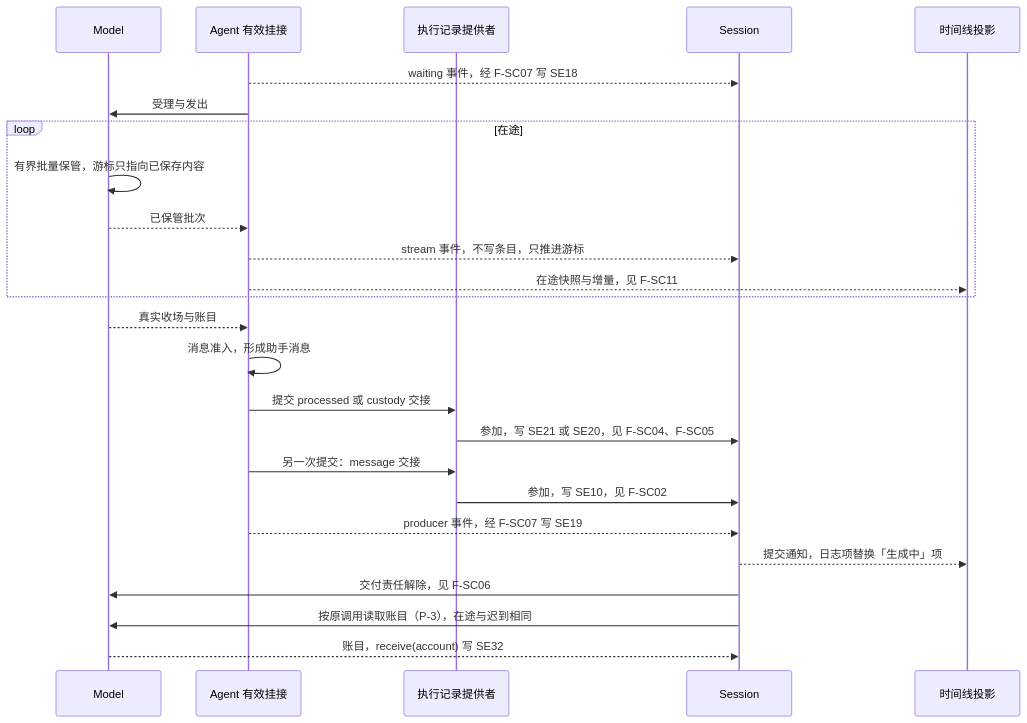
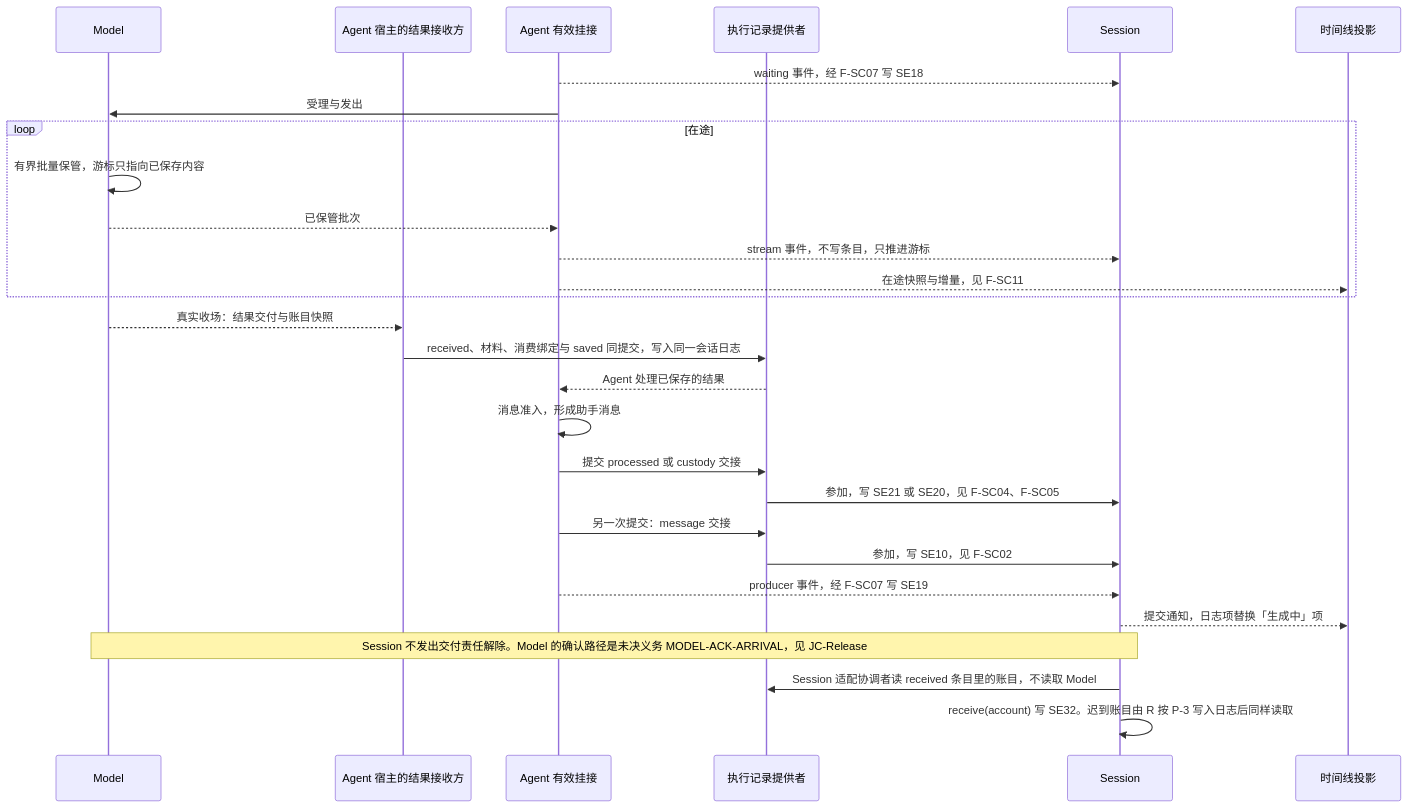
Before and after one commit to nemori-ai/omne-harness-lite: diagram 12 of 16 in packages/session/session-contract/docs/flows/scenarios.md, drawn with Mermaid. The commit also changed other lines of this file and 8 other files, not shown here.

````diff
--- a/packages/session/session-contract/docs/flows/scenarios.md
+++ b/packages/session/session-contract/docs/flows/scenarios.md
@@ -614,27 +621,30 @@
 ```mermaid
 sequenceDiagram
     participant M as Model
+    participant R as Agent 宿主的结果接收方
     participant A as Agent 有效挂接
     participant J as 执行记录提供者
     participant S as Session
     participant V as 时间线投影
     A-->>S: waiting 事件，经 F-SC07 写 SE18
     A->>M: 受理与发出
     loop 在途
         M->>M: 有界批量保管，游标只指向已保存内容
         M-->>A: 已保管批次
         A-->>S: stream 事件，不写条目，只推进游标
         A-->>V: 在途快照与增量，见 F-SC11
     end
-    M-->>A: 真实收场与账目
+    M-->>R: 真实收场：结果交付与账目快照
+    R->>J: received、材料、消费绑定与 saved 同提交，写入同一会话日志
+    J-->>A: Agent 处理已保存的结果
     A->>A: 消息准入，形成助手消息
     A->>J: 提交 processed 或 custody 交接
     J->>S: 参加，写 SE21 或 SE20，见 F-SC04、F-SC05
     A->>J: 另一次提交：message 交接
     J->>S: 参加，写 SE10，见 F-SC02
     A-->>S: producer 事件，经 F-SC07 写 SE19
     S-->>V: 提交通知，日志项替换「生成中」项
-    S->>M: 交付责任解除，见 F-SC06
-    S->>M: 按原调用读取账目（P-3），在途与迟到相同
-    M-->>S: 账目，receive(account) 写 SE32
+    Note over M,S: Session 不发出交付责任解除。Model 的确认路径是未决义务 MODEL-ACK-ARRIVAL，见 JC-Release
+    S->>J: Session 适配协调者读 received 条目里的账目，不读取 Model
+    S->>S: receive(account) 写 SE32。迟到账目由 R 按 P-3 写入日志后同样读取
 ```
````
